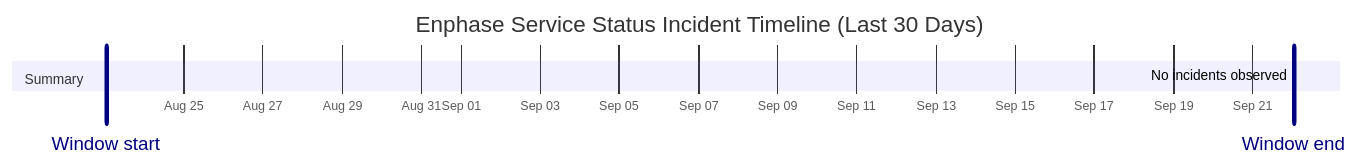
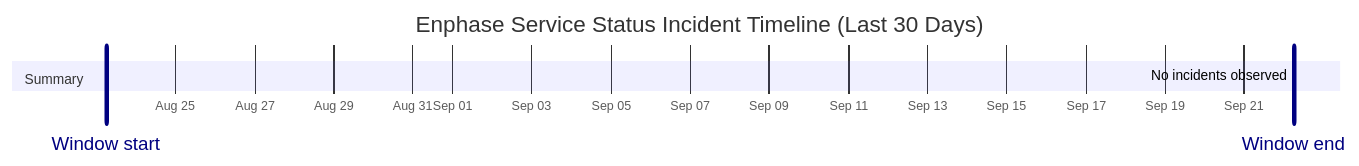
Before and after one commit to barneyonline/ha-enphase-energy: the diagram in wiki/Service-Status-History.md, drawn with Mermaid. The commit also changed other lines of this file and 3 other files, not shown here.

````diff
--- a/wiki/Service-Status-History.md
+++ b/wiki/Service-Status-History.md
@@ -14,10 +14,10 @@
 ```mermaid
 gantt
     title Enphase Service Status Incident Timeline (Last 30 Days)
     dateFormat  YYYY-MM-DDTHH:mm:ss
     axisFormat  %b %d
-    Window start :vert, window-start, 2026-08-23T01:00:09, 0ms
-    Window end :vert, window-end, 2026-09-22T01:00:09, 0ms
+    Window start :vert, window-start, 2026-08-23T06:02:18, 0ms
+    Window end :vert, window-end, 2026-09-22T06:02:18, 0ms
     section Summary
-    No incidents observed :done, 2026-09-22T01:00:09, 1m
+    No incidents observed :done, 2026-09-22T06:02:18, 1m
 ```
````
